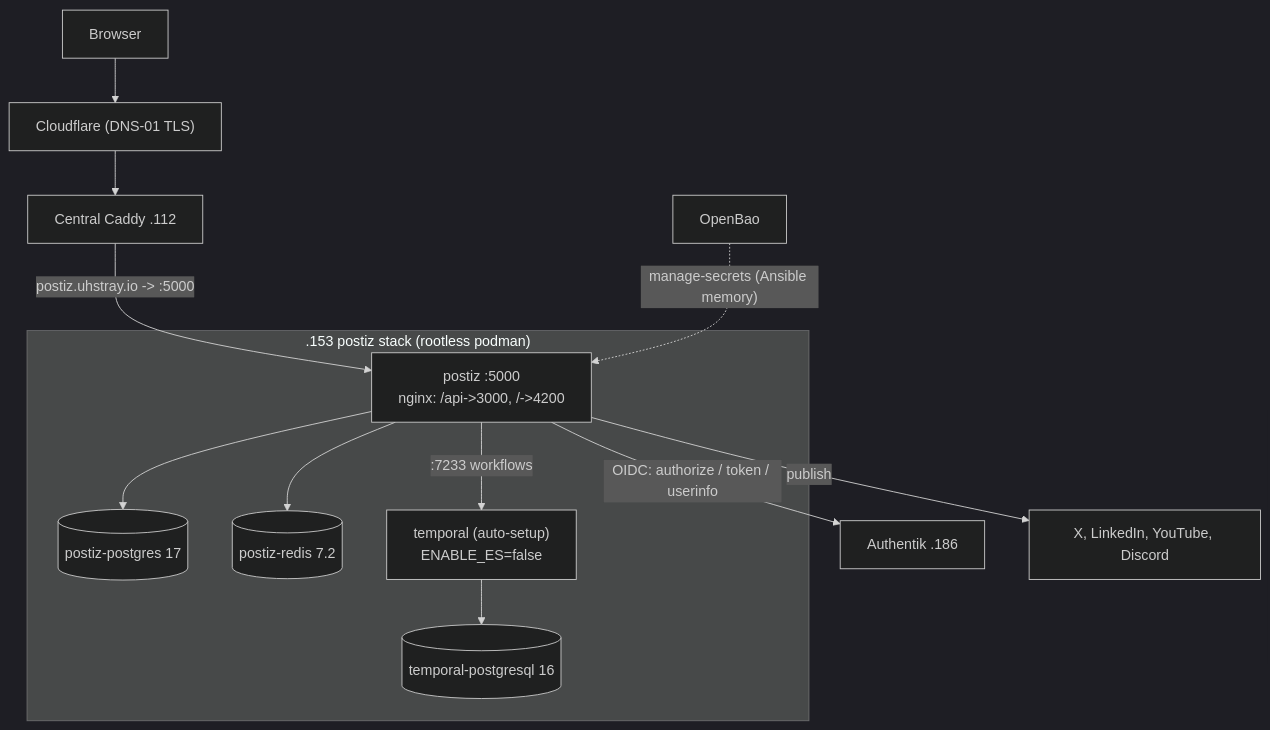
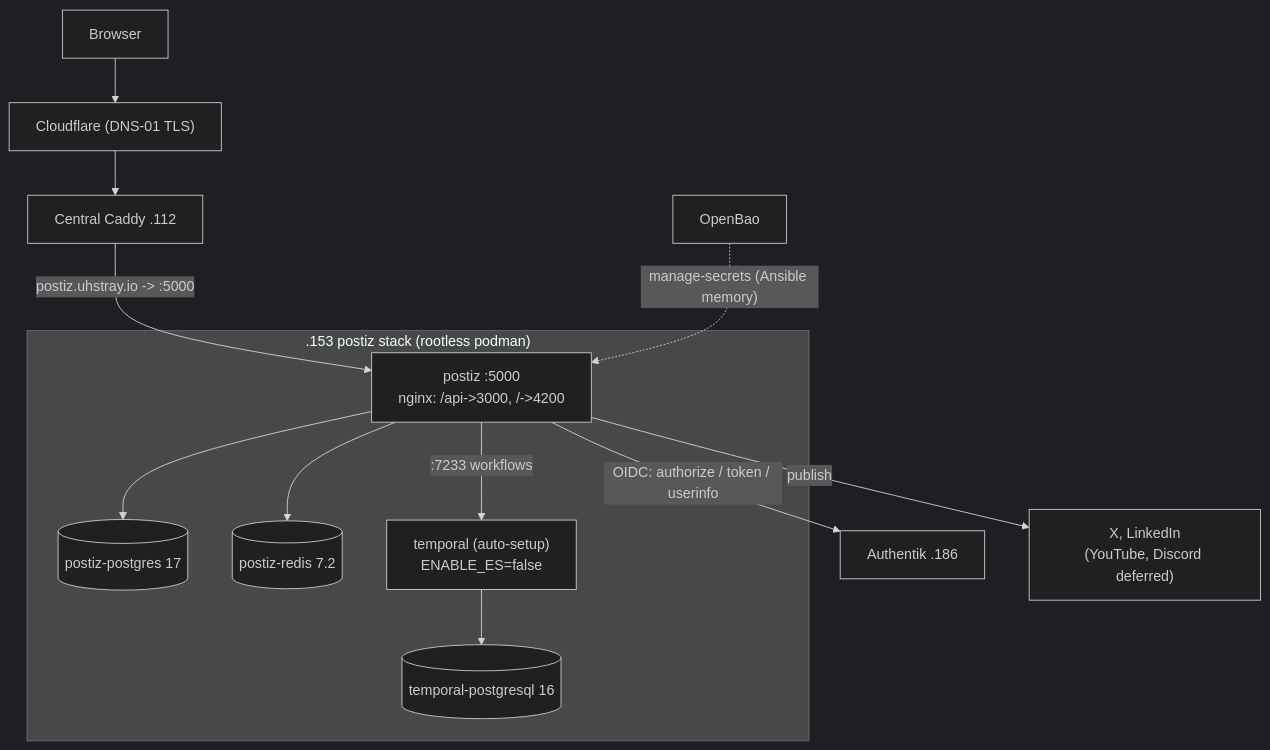
Before and after one commit to uhstray-io/agent-cloud: the diagram in plan/development/14-postiz-social-publishing.md, drawn with Mermaid (dark theme). The commit also changed other lines of this file and 1 other file, not shown here.

Commit message:
docs(openspec): mark the Postiz five-container trim and its risk as superseded by the search overlay [AC-762]

````diff
--- a/plan/development/14-postiz-social-publishing.md
+++ b/plan/development/14-postiz-social-publishing.md
@@ -42,18 +42,18 @@
 ```mermaid
 flowchart TD
     U["Browser"] --> CF["Cloudflare (DNS-01 TLS)"]
     CF --> CAD["Central Caddy .112"]
     CAD -->|"postiz.uhstray.io -> :5000"| PZ
 
     subgraph VM[".153 postiz stack (rootless podman)"]
         PZ["postiz :5000<br/>nginx: /api-&gt;3000, /-&gt;4200"]
         PZ --> PG[("postiz-postgres 17")]
         PZ --> RD[("postiz-redis 7.2")]
         PZ -->|":7233 workflows"| TMP["temporal (auto-setup)<br/>ENABLE_ES=false"]
         TMP --> TPG[("temporal-postgresql 16")]
     end
 
     PZ -->|"OIDC: authorize / token / userinfo"| AK["Authentik .186"]
-    PZ -->|"publish"| SOC["X, LinkedIn, YouTube, Discord"]
+    PZ -->|"publish"| SOC["X, LinkedIn<br/>(YouTube, Discord deferred)"]
     BAO["OpenBao"] -.->|"manage-secrets (Ansible memory)"| PZ
 ```
````
